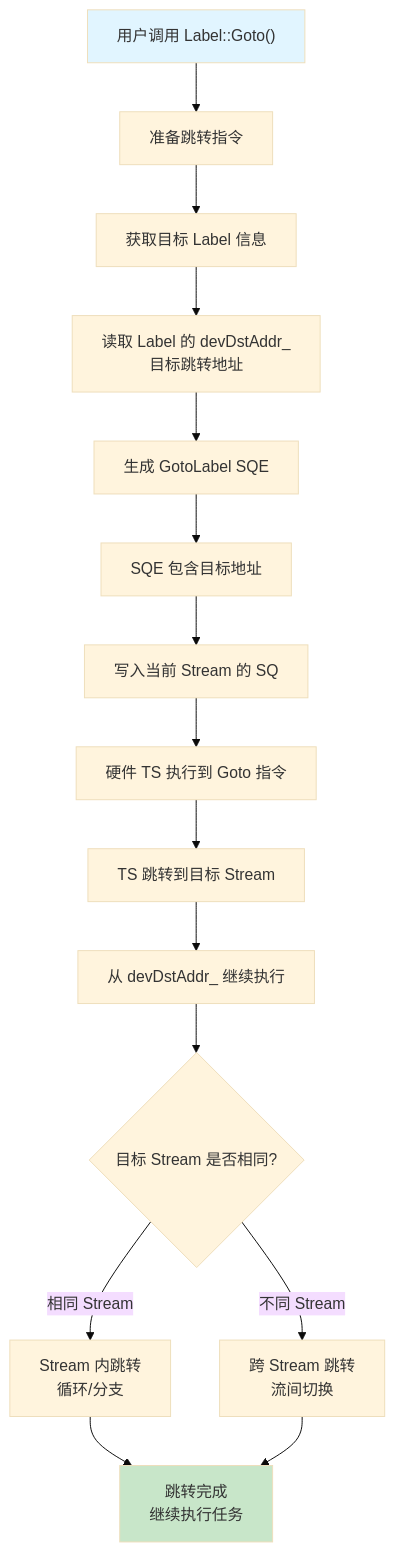
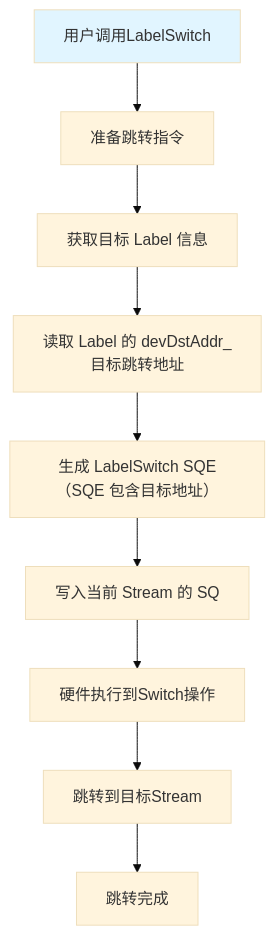
One commit to 18liumin/runtime changed diagram 16 of 21 in docs/design/modules/model/model.md. Above: the diagram before and after it, drawn with Mermaid (base theme). The commit also changed other lines of this file, not shown here.

````diff
--- a/docs/design/modules/model/model.md
+++ b/docs/design/modules/model/model.md
@@ -534,25 +883,15 @@
 ```mermaid
 flowchart TD
-    A["用户调用 Label::Goto()"] --> B["准备跳转指令"]
+    A["用户调用LabelSwitch"] --> B["准备跳转指令"]
     B --> C["获取目标 Label 信息"]
     
     C --> D["读取 Label 的 devDstAddr_<br/>目标跳转地址"]
-    D --> E["生成 GotoLabel SQE"]
-    E --> F["SQE 包含目标地址"]
+    D --> E["生成 LabelSwitch SQE（SQE 包含目标地址）"]
     
-    F --> G["写入当前 Stream 的 SQ"]
-    G --> H["硬件 TS 执行到 Goto 指令"]
-    
-    H --> I["TS 跳转到目标 Stream"]
-    I --> J["从 devDstAddr_ 继续执行"]
-    
-    J --> K{"目标 Stream 是否相同?"}
-    K -->|相同 Stream| L["Stream 内跳转<br/>循环/分支"]
-    K -->|不同 Stream| M["跨 Stream 跳转<br/>流间切换"]
-    
-    L --> N["跳转完成<br/>继续执行任务"]
-    M --> N
+    E --> F["写入当前 Stream 的 SQ"]
+    F --> G["硬件执行到Switch操作"]
+    G--> H["跳转到目标Stream"]
+    H --> I["跳转完成"]
     
     style A fill:#e1f5ff
-    style N fill:#c8e6c9
 ```
````
